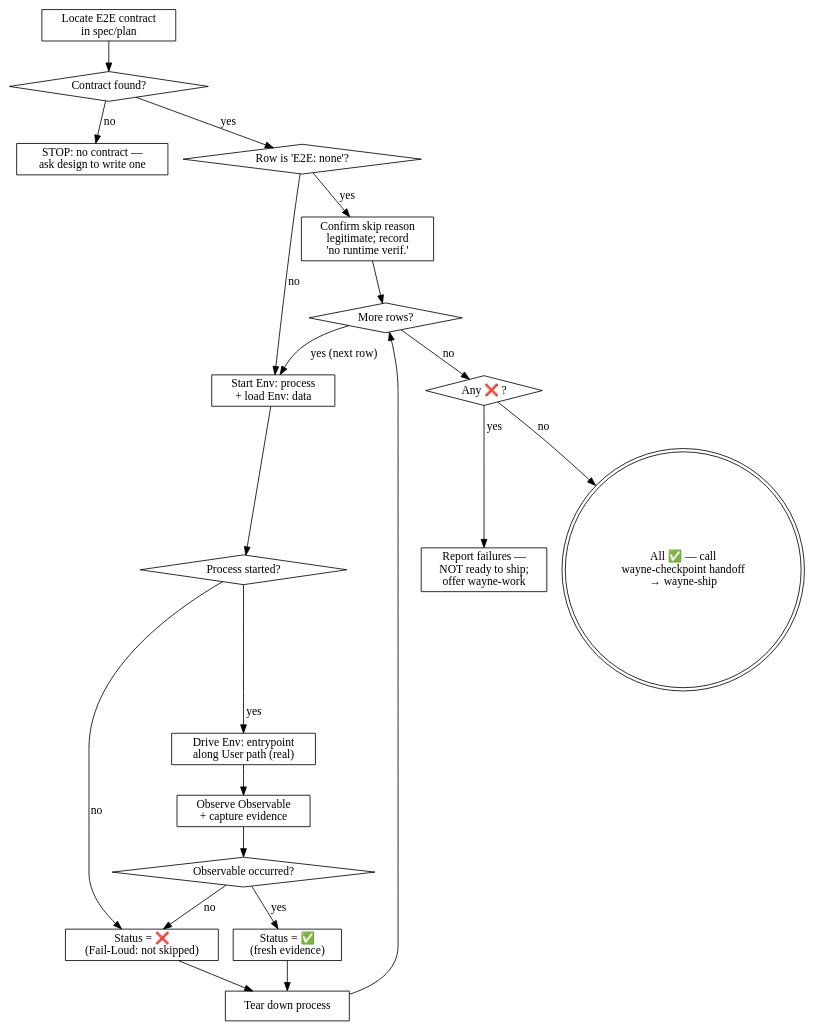
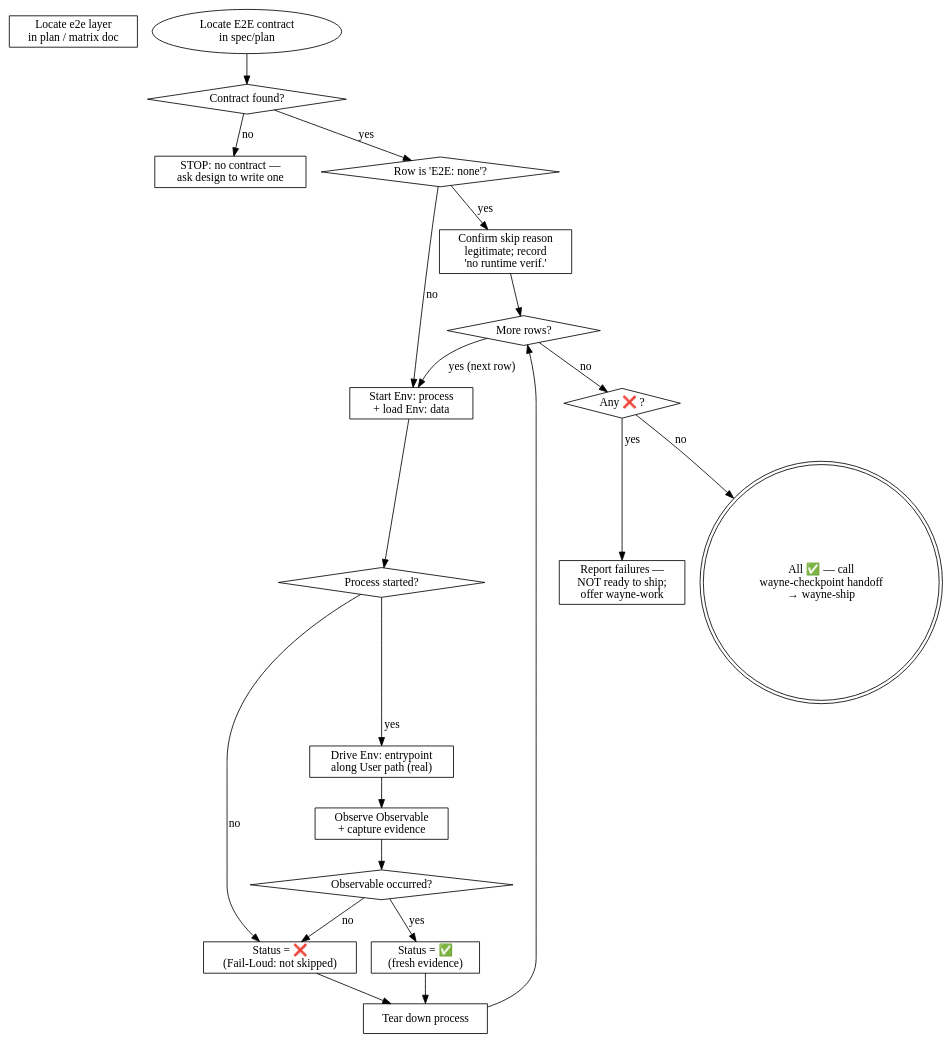
One commit to waynejing995/wayne-taste changed the diagram in wayne-verify/SKILL.md. Above: the diagram before and after it, drawn with Graphviz. The commit also changed other lines of this file and 7 other files, not shown here.

````diff
--- a/wayne-verify/SKILL.md
+++ b/wayne-verify/SKILL.md
@@ -68,44 +72,44 @@
 ```dot
 digraph verify {
     rankdir=TB;
 
-    "Locate E2E contract\nin spec/plan" [shape=box];
+    "Locate e2e layer\nin plan / matrix doc" [shape=box];
     "Contract found?" [shape=diamond];
     "STOP: no contract —\nask design to write one" [shape=box];
     "Row is 'E2E: none'?" [shape=diamond];
     "Confirm skip reason\nlegitimate; record\n'no runtime verif.'" [shape=box];
     "Start Env: process\n+ load Env: data" [shape=box];
     "Process started?" [shape=diamond];
     "Status = ❌\n(Fail-Loud: not skipped)" [shape=box];
     "Drive Env: entrypoint\nalong User path (real)" [shape=box];
     "Observe Observable\n+ capture evidence" [shape=box];
     "Observable occurred?" [shape=diamond];
     "Status = ✅\n(fresh evidence)" [shape=box];
     "Tear down process" [shape=box];
     "More rows?" [shape=diamond];
     "Any ❌ ?" [shape=diamond];
     "Report failures —\nNOT ready to ship;\noffer wayne-work" [shape=box];
     "All ✅ — call\nwayne-checkpoint handoff\n→ wayne-ship" [shape=doublecircle];
 
     "Locate E2E contract\nin spec/plan" -> "Contract found?";
     "Contract found?" -> "STOP: no contract —\nask design to write one" [label="no"];
     "Contract found?" -> "Row is 'E2E: none'?" [label="yes"];
     "Row is 'E2E: none'?" -> "Confirm skip reason\nlegitimate; record\n'no runtime verif.'" [label="yes"];
     "Confirm skip reason\nlegitimate; record\n'no runtime verif.'" -> "More rows?";
     "Row is 'E2E: none'?" -> "Start Env: process\n+ load Env: data" [label="no"];
     "Start Env: process\n+ load Env: data" -> "Process started?";
     "Process started?" -> "Status = ❌\n(Fail-Loud: not skipped)" [label="no"];
     "Status = ❌\n(Fail-Loud: not skipped)" -> "Tear down process";
     "Process started?" -> "Drive Env: entrypoint\nalong User path (real)" [label="yes"];
     "Drive Env: entrypoint\nalong User path (real)" -> "Observe Observable\n+ capture evidence";
     "Observe Observable\n+ capture evidence" -> "Observable occurred?";
     "Observable occurred?" -> "Status = ✅\n(fresh evidence)" [label="yes"];
     "Observable occurred?" -> "Status = ❌\n(Fail-Loud: not skipped)" [label="no"];
     "Status = ✅\n(fresh evidence)" -> "Tear down process";
     "Tear down process" -> "More rows?";
     "More rows?" -> "Start Env: process\n+ load Env: data" [label="yes (next row)"];
     "More rows?" -> "Any ❌ ?" [label="no"];
     "Any ❌ ?" -> "Report failures —\nNOT ready to ship;\noffer wayne-work" [label="yes"];
     "Any ❌ ?" -> "All ✅ — call\nwayne-checkpoint handoff\n→ wayne-ship" [label="no"];
 }
 ```
````
